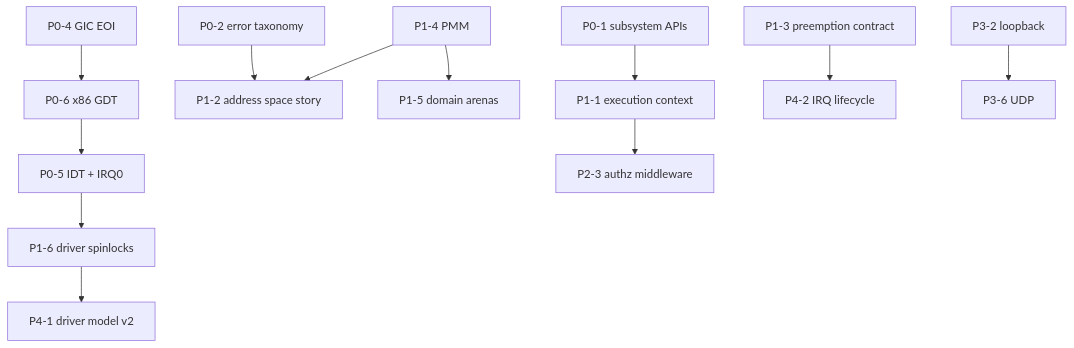
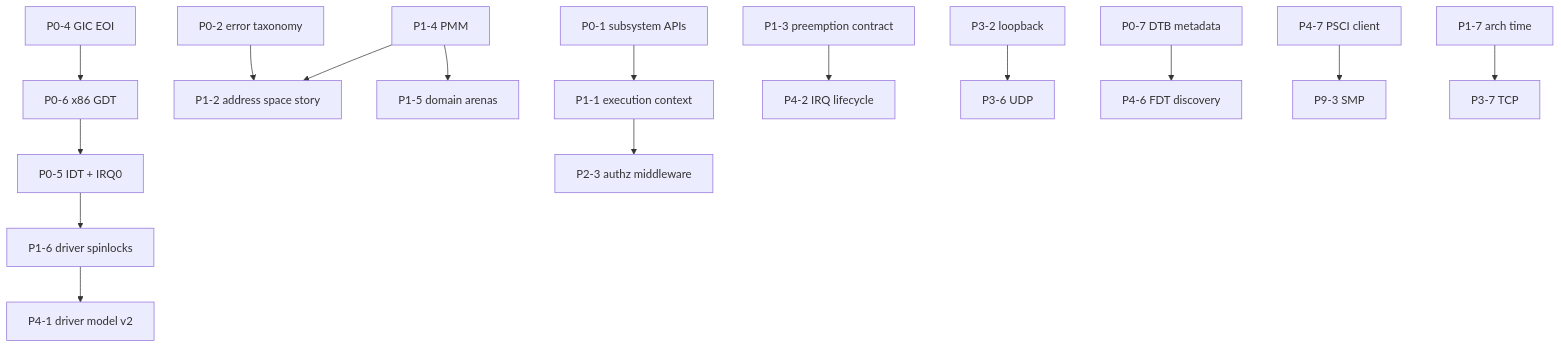
Before and after one commit to BPForbes/Bailey-Forbes-Flinstone: the diagram in docs/ROADMAP.md, drawn with Mermaid. The commit also changed other lines of this file and 1 other file, not shown here.

First line of the commit message:
docs(ROADMAP): add CR gaps (FDT, PSCI, UART, timers, IPv6) + interlinks

````diff
--- a/docs/ROADMAP.md
+++ b/docs/ROADMAP.md
@@ -75,14 +76,17 @@
 ```mermaid
 flowchart TD
   P0_1[P0-1 subsystem APIs] --> P1_1[P1-1 execution context]
   P0_2[P0-2 error taxonomy] --> P1_2[P1-2 address space story]
   P0_4[P0-4 GIC EOI] --> P0_6[P0-6 x86 GDT]
   P0_6 --> P0_5[P0-5 IDT + IRQ0]
   P0_5 --> P1_6[P1-6 driver spinlocks]
   P1_4[P1-4 PMM] --> P1_5[P1-5 domain arenas]
   P1_4 --> P1_2
   P1_3[P1-3 preemption contract] --> P4_2[P4-2 IRQ lifecycle]
   P1_6 --> P4_1[P4-1 driver model v2]
   P1_1 --> P2_3[P2-3 authz middleware]
   P3_2[P3-2 loopback] --> P3_6[P3-6 UDP]
+  P0_7[P0-7 DTB metadata] --> P4_6[P4-6 FDT discovery]
+  P4_7[P4-7 PSCI client] --> P9_3[P9-3 SMP]
+  P1_7[P1-7 arch time] --> P3_7[P3-7 TCP]
 ```
````
